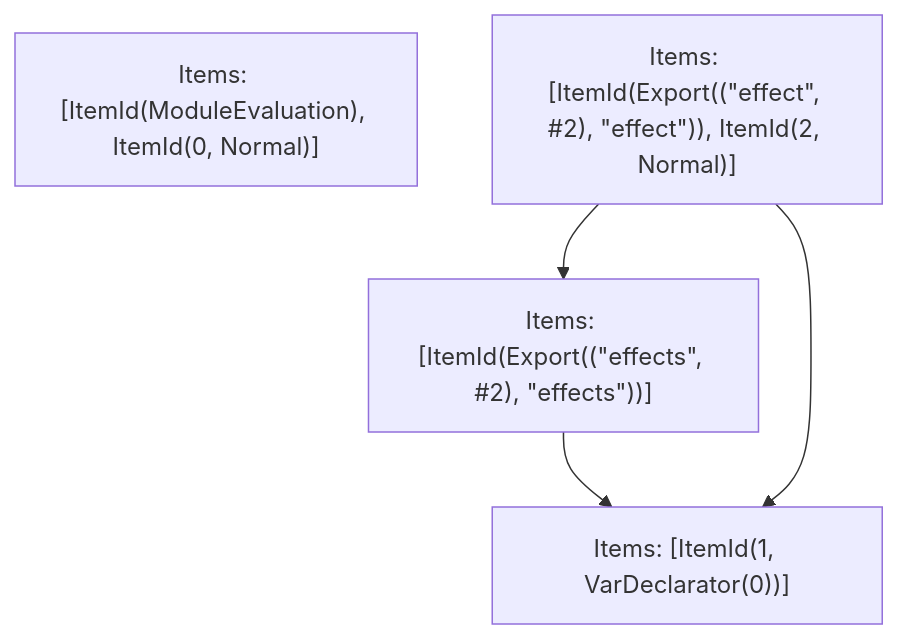
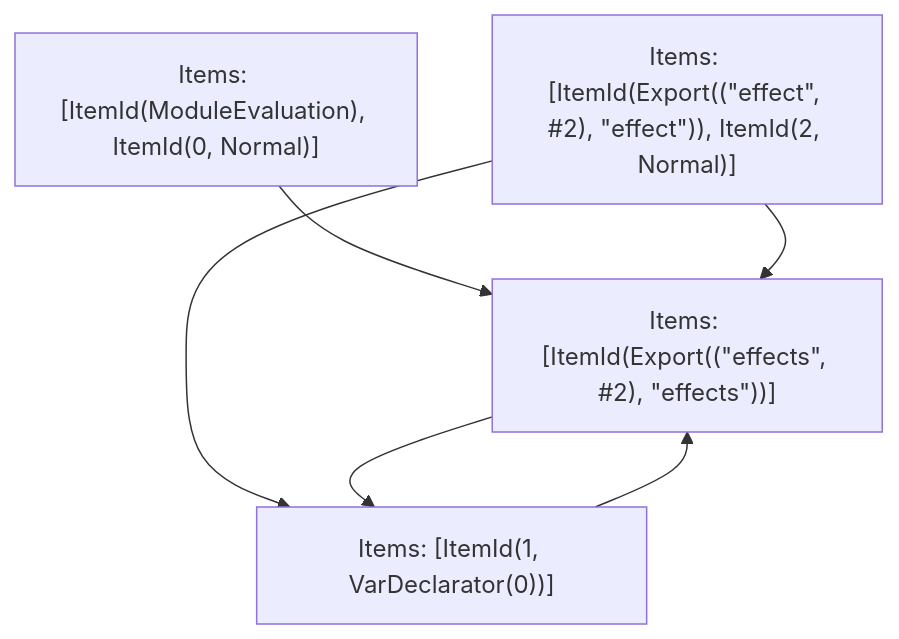
The fifth of 5 diagrams in crates/turbopack-ecmascript/tests/tree-shaker/analyzer/tla-1/output.md (vercel/turborepo), drawn with Mermaid before and after one commit. The commit also changed other lines of this file and 24 other files, not shown here.

````diff
--- a/crates/turbopack-ecmascript/tests/tree-shaker/analyzer/tla-1/output.md
+++ b/crates/turbopack-ecmascript/tests/tree-shaker/analyzer/tla-1/output.md
@@ -103,10 +107,12 @@
 ```mermaid
 graph TD
     N0["Items: [ItemId(ModuleEvaluation), ItemId(0, Normal)]"];
-    N1["Items: [ItemId(Export((&quot;effects&quot;, #2), &quot;effects&quot;))]"];
-    N2["Items: [ItemId(Export((&quot;effect&quot;, #2), &quot;effect&quot;)), ItemId(2, Normal)]"];
+    N1["Items: [ItemId(Export((&quot;effect&quot;, #2), &quot;effect&quot;)), ItemId(2, Normal)]"];
+    N2["Items: [ItemId(Export((&quot;effects&quot;, #2), &quot;effects&quot;))]"];
     N3["Items: [ItemId(1, VarDeclarator(0))]"];
+    N0 --> N2;
     N1 --> N3;
+    N1 --> N2;
     N2 --> N3;
-    N2 --> N1;
+    N3 --> N2;
 ```
````
